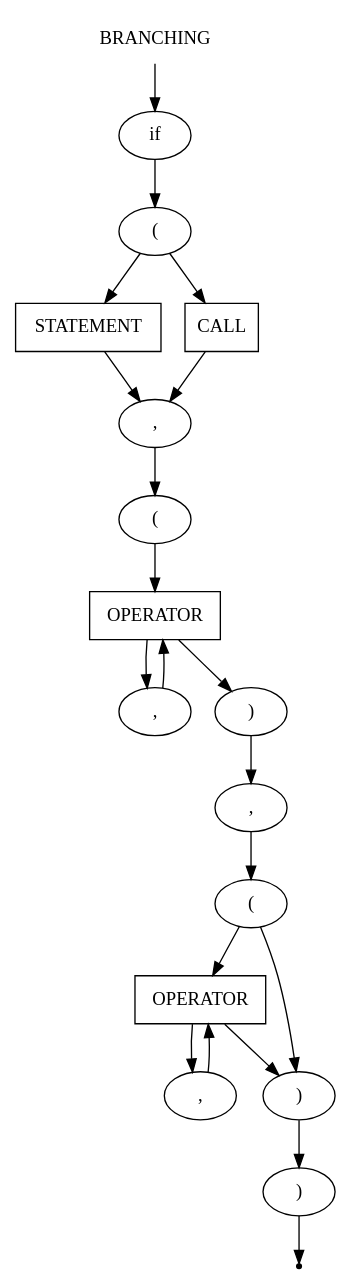
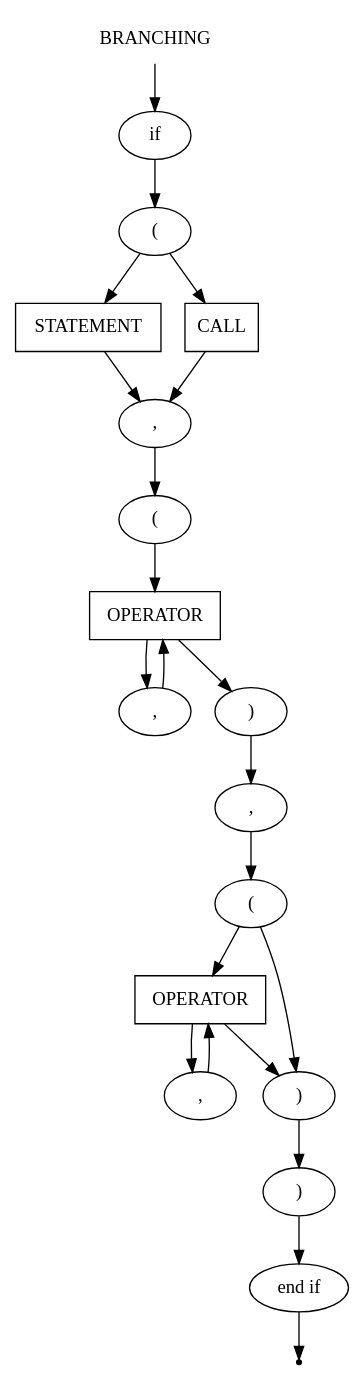
The diagram in src/CodeParser/grammar/branching.gv (mshnschnko/ProMa), drawn with Graphviz before and after one commit. The commit also changed 10 other files, not shown here.

```diff
--- a/src/CodeParser/grammar/branching.gv
+++ b/src/CodeParser/grammar/branching.gv
@@ -1,40 +1,42 @@
 digraph BRANCHING{
     start [label=BRANCHING shape=plaintext]
     if [label=if shape=oval]
     statement [label=STATEMENT shape=box]
     call [label=CALL shape=box]
     oper_true [label=OPERATOR shape=box]
     oper_else [label=OPERATOR shape=box]
     open [label="(" shape=oval]
     open_1 [label="(" shape=oval]
     open_2 [label="(" shape=oval]
     comma_true_1 [label="," shape=oval]
     comma_true_2 [label="," shape=oval]
     comma_else_1 [label="," shape=oval]
     comma_else_2 [label="," shape=oval]
     close [label=")" shape=oval]
     close_1 [label=")" shape=oval]
     close_2 [label=")" shape=oval]
+    end_if [label="end if" shape=oval]
     end [label="" shape=point]
 
     start -> if
     if -> open
     open -> statement
     open -> call
     statement -> comma_true_1
     call -> comma_true_1
     comma_true_1 -> open_1
     open_1 -> oper_true
     oper_true -> comma_true_2
     comma_true_2 -> oper_true
     oper_true -> close_1
     close_1 -> comma_else_1
     comma_else_1 -> open_2
     open_2 -> oper_else
     open_2 -> close_2
     oper_else -> comma_else_2
     comma_else_2 -> oper_else
     oper_else -> close_2
     close_2 -> close
-    close -> end
+    close -> end_if
+    end_if -> end
 }
```
